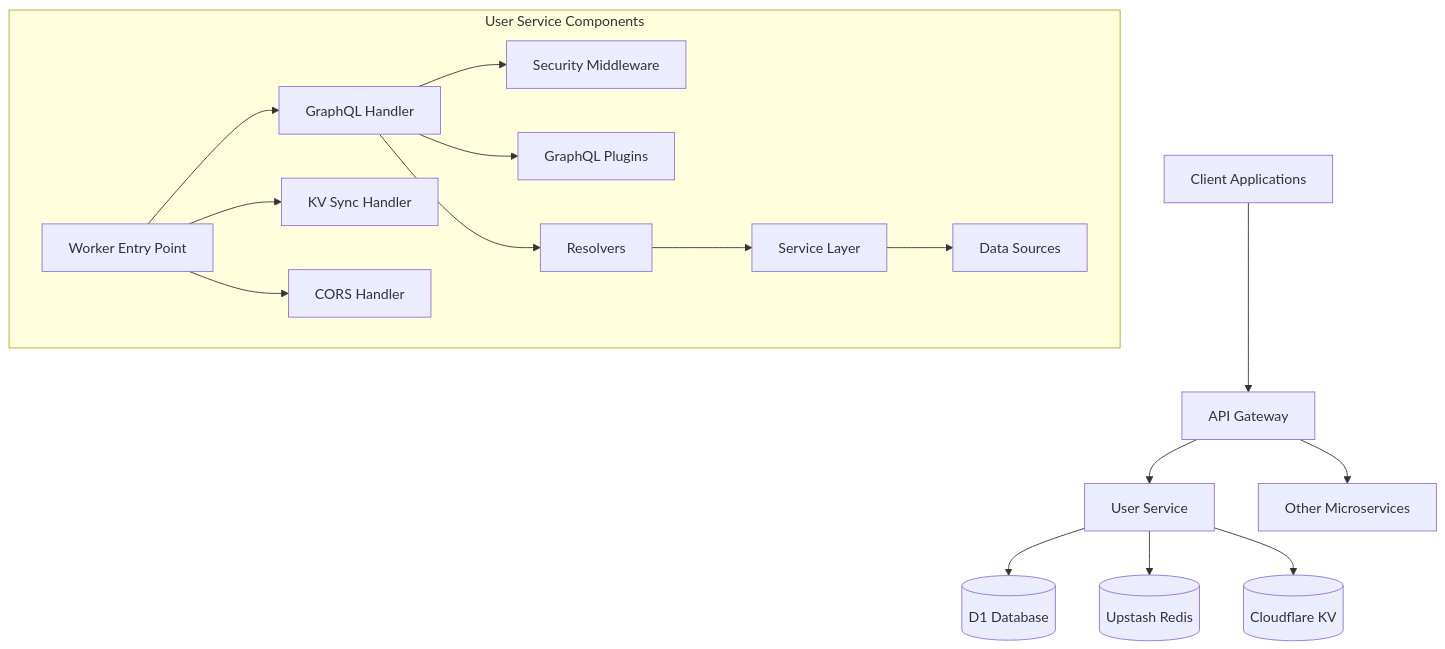
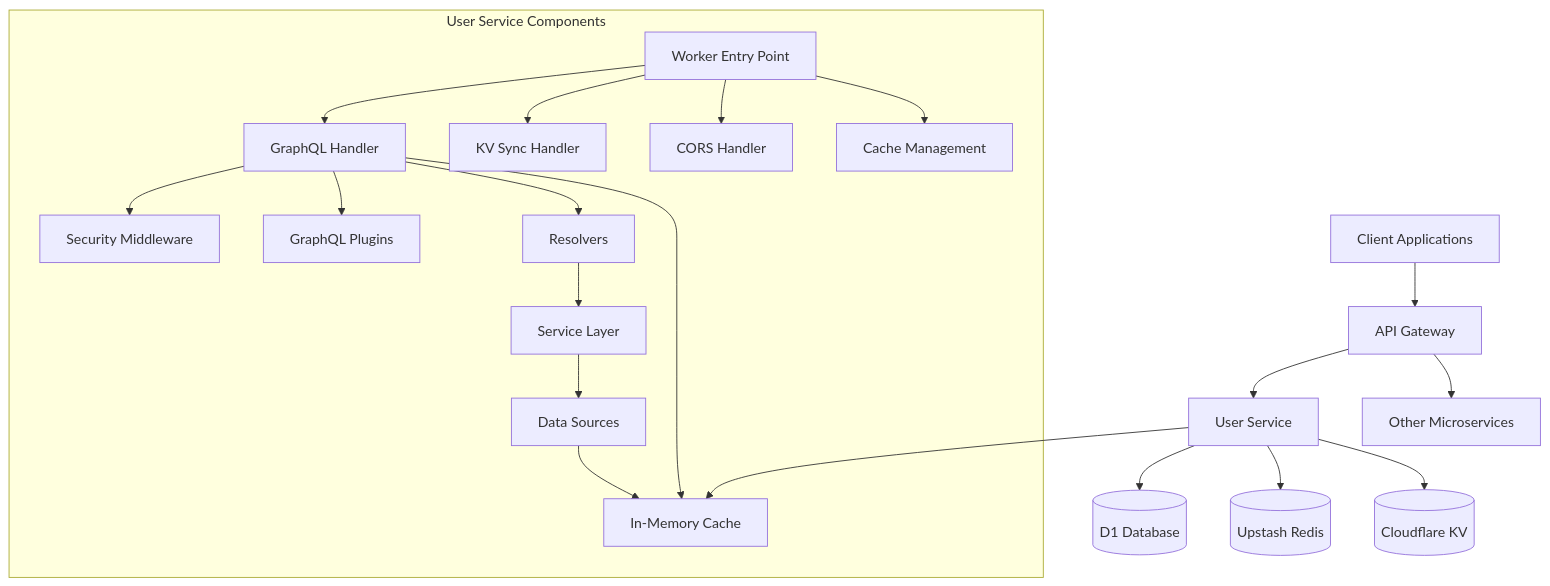
One commit to vinodhj/expense-microservices changed the first of 15 diagrams in docs/user-services.md. Above: the diagram before and after it, drawn with Mermaid. The commit also changed other lines of this file, not shown here.

Commit message:
updated mermaid

````diff
--- a/docs/user-services.md
+++ b/docs/user-services.md
@@ -53,25 +53,29 @@
 ```mermaid
 flowchart TB
     Client[Client Applications] --> Gateway[API Gateway]
     Gateway --> UserService[User Service]
     Gateway --> OtherServices[Other Microservices]
 
     UserService --> DB[(D1 Database)]
     UserService --> Redis[(Upstash Redis)]
     UserService --> KV[(Cloudflare KV)]
+    UserService --> InMemoryCache[(In-Memory Cache)]
 
     subgraph "User Service Components"
         Worker[Worker Entry Point] --> GraphQLHandler[GraphQL Handler]
         Worker --> KVSyncHandler[KV Sync Handler]
         Worker --> CORSHandler[CORS Handler]
+        Worker --> CacheManager[Cache Management]
 
         GraphQLHandler --> SecurityMiddleware[Security Middleware]
         GraphQLHandler --> GraphQLPlugins[GraphQL Plugins]
         GraphQLHandler --> Resolvers[Resolvers]
+        GraphQLHandler --> InMemoryCache[In-Memory Cache]
 
         Resolvers -->  Services[Service Layer]
         Services --> DataSources[Data Sources]
+        DataSources --> InMemoryCache
     end
 
-    class UserService,Client,Gateway,DB,Redis,KV,Worker highlight
+    class UserService,Client,Gateway,DB,Redis,KV,Worker,InMemoryCache highlight
 ```
````
